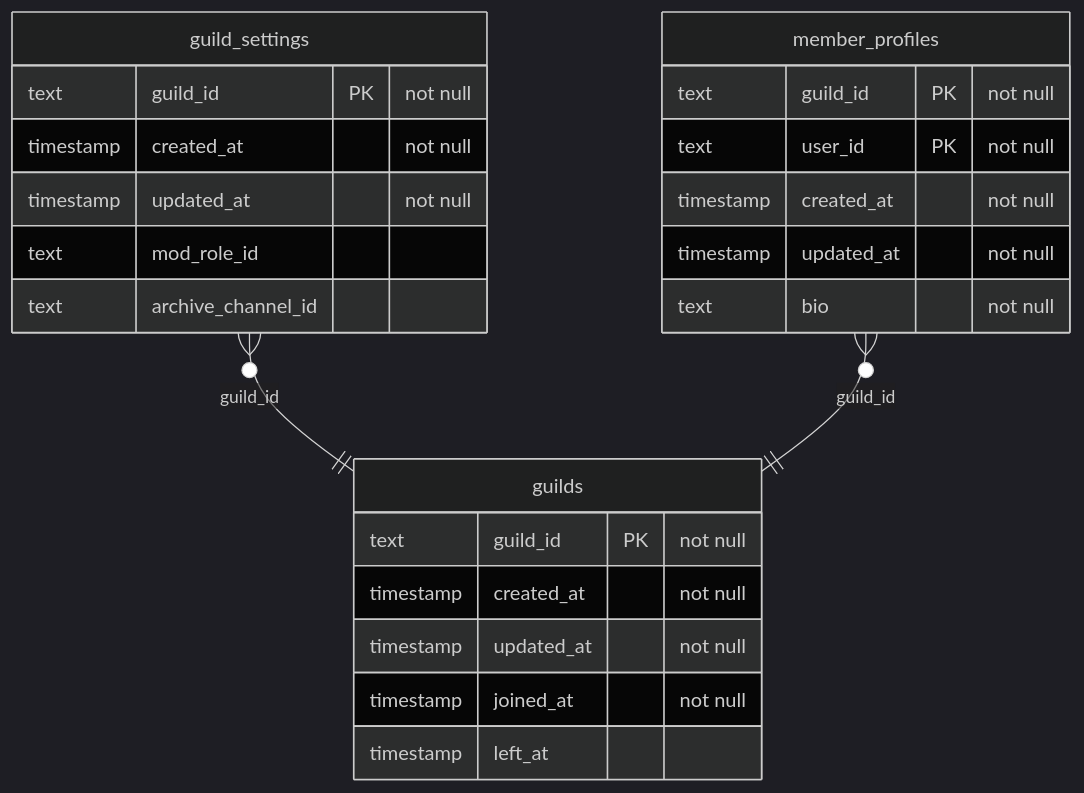
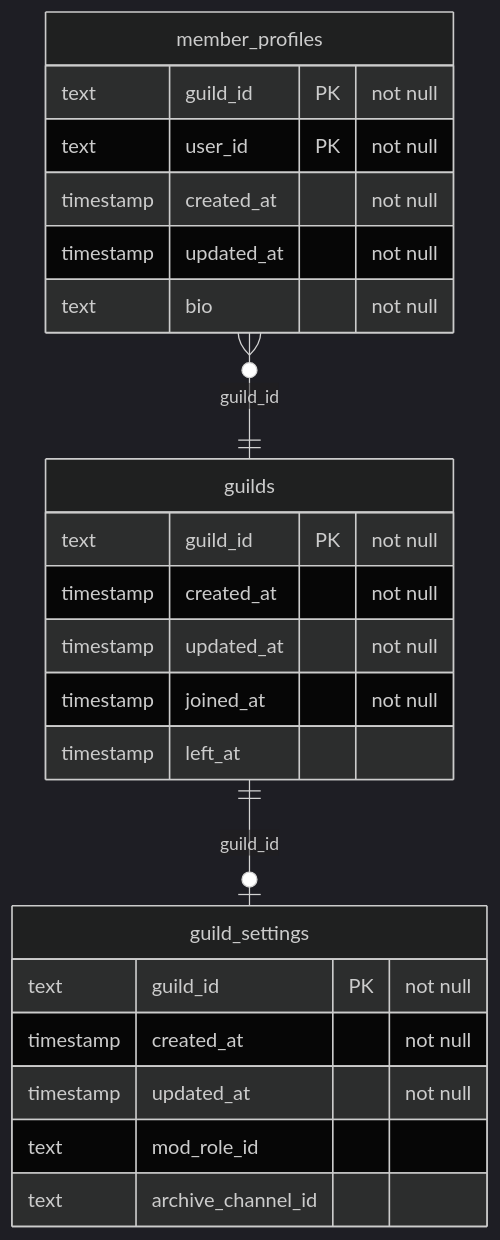
One commit to doku-macaron/discord-bot-template changed the diagram in docs/schema_diagram.md. Above: the diagram before and after it, drawn with Mermaid (dark theme). The commit also changed 1 other file, not shown here.

Commit message:
Render 1:0..1 relationships correctly in the ER diagram
The generator was hardcoding `}o--||` for every foreign key, which read
as "many child rows per parent" even when the child's FK *was* the
child's full primary key — that case is actually 1:0..1 (each parent
has at most one child row).

`guild_settings.guild_id` is exactly that shape: PK + FK to `guilds`. The
previous diagram showed `guild_settings }o--|| guilds`, suggesting many
settings per guild. It now shows `guilds ||--o| guild_settings`.

`member_profiles.guild_id` is a part of a composite `(guild_id, user_id)`
PK, not the whole PK, so it stays many-to-one (one guild has many
member profiles) — unchanged.

Detection rule in the generator: the FK column set equals the *full* PK
column set of the child table.

````diff
--- a/docs/schema_diagram.md
+++ b/docs/schema_diagram.md
@@ -1,29 +1,29 @@
 ```mermaid
 erDiagram
   guilds {
     text guild_id PK "not null"
     timestamp created_at "not null"
     timestamp updated_at "not null"
     timestamp joined_at "not null"
     timestamp left_at
   }
 
   guild_settings {
     text guild_id PK "not null"
     timestamp created_at "not null"
     timestamp updated_at "not null"
     text mod_role_id
     text archive_channel_id
   }
 
   member_profiles {
     text guild_id PK "not null"
     text user_id PK "not null"
     timestamp created_at "not null"
     timestamp updated_at "not null"
     text bio "not null"
   }
 
-  guild_settings }o--|| guilds : "guild_id"
+  guilds ||--o| guild_settings : "guild_id"
   member_profiles }o--|| guilds : "guild_id"
 ```
````
